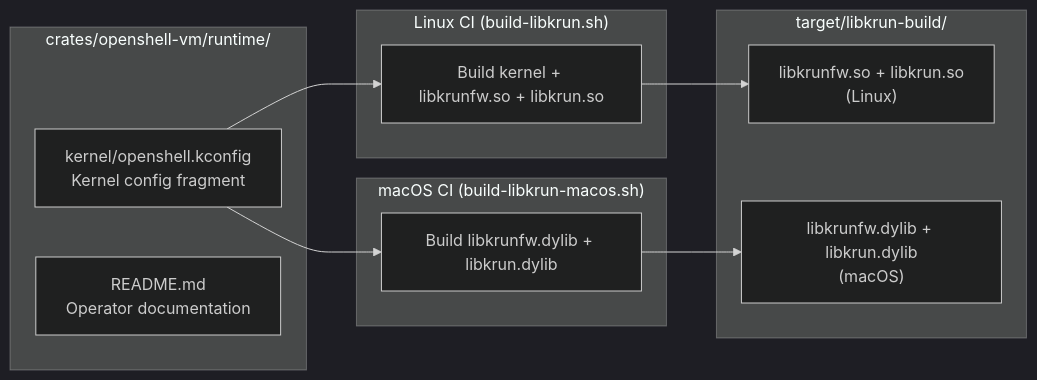
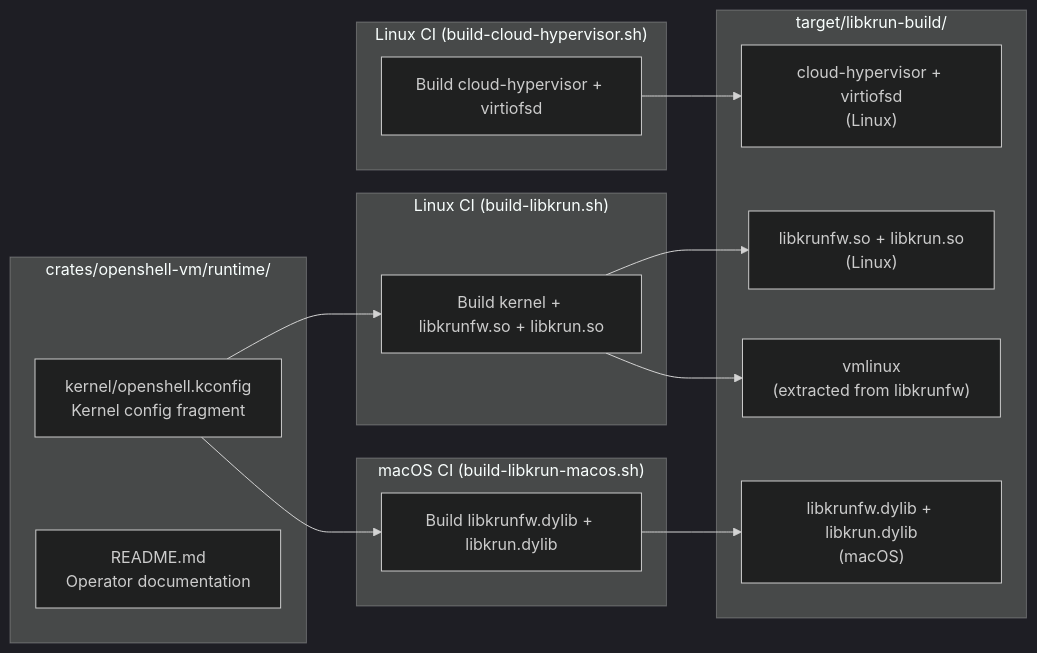
Before and after one commit to NVIDIA/OpenShell: the second of 3 diagrams in architecture/custom-vm-runtime.md, drawn with Mermaid (dark theme). The commit also changed other lines of this file and 32 other files, not shown here.

Commit message:
feat(vm): add GPU passthrough with cloud-hypervisor backend and nvidia unbind hardening

````diff
--- a/architecture/custom-vm-runtime.md
+++ b/architecture/custom-vm-runtime.md
@@ -116,25 +190,33 @@
 ```mermaid
 graph LR
     subgraph Source["crates/openshell-vm/runtime/"]
         KCONF["kernel/openshell.kconfig\nKernel config fragment"]
         README["README.md\nOperator documentation"]
     end
 
     subgraph Linux["Linux CI (build-libkrun.sh)"]
         BUILD_L["Build kernel + libkrunfw.so + libkrun.so"]
     end
 
     subgraph macOS["macOS CI (build-libkrun-macos.sh)"]
         BUILD_M["Build libkrunfw.dylib + libkrun.dylib"]
     end
 
+    subgraph CHV["Linux CI (build-cloud-hypervisor.sh)"]
+        BUILD_CHV["Build cloud-hypervisor + virtiofsd"]
+    end
+
     subgraph Output["target/libkrun-build/"]
         LIB_SO["libkrunfw.so + libkrun.so\n(Linux)"]
         LIB_DY["libkrunfw.dylib + libkrun.dylib\n(macOS)"]
+        CHV_OUT["cloud-hypervisor + virtiofsd\n(Linux)"]
+        VMLINUX["vmlinux\n(extracted from libkrunfw)"]
     end
 
     KCONF --> BUILD_L
     BUILD_L --> LIB_SO
+    BUILD_L --> VMLINUX
     KCONF --> BUILD_M
     BUILD_M --> LIB_DY
+    BUILD_CHV --> CHV_OUT
 ```
````
